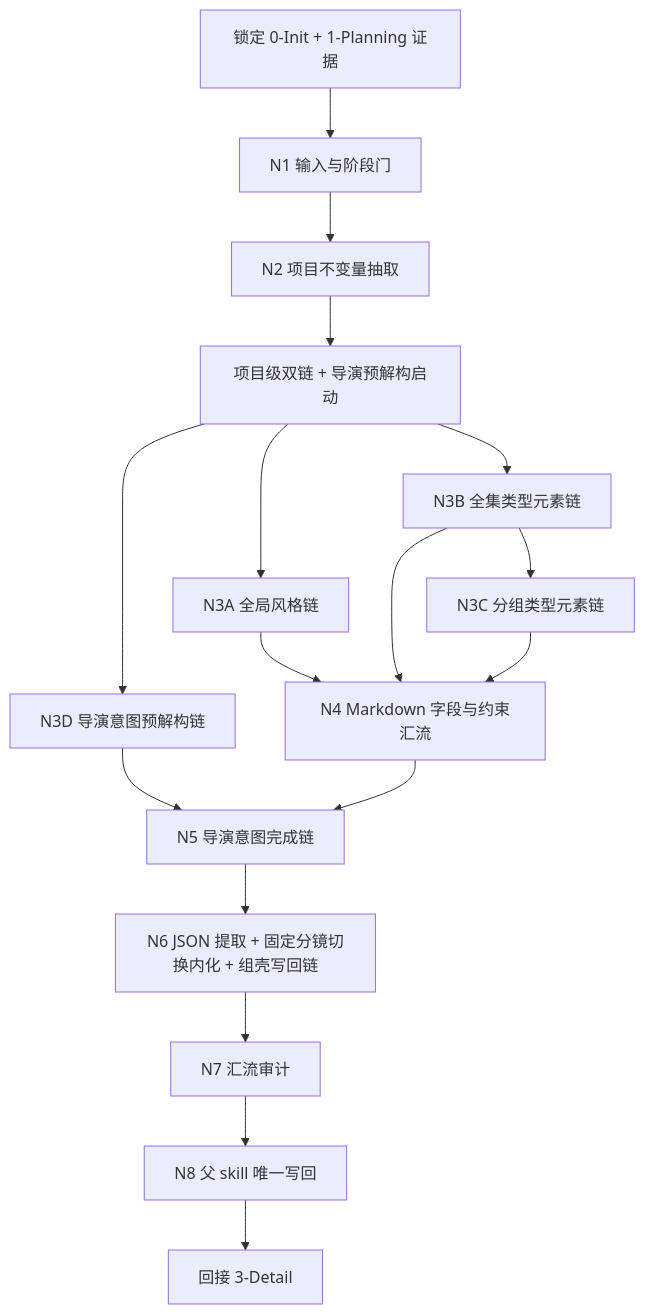
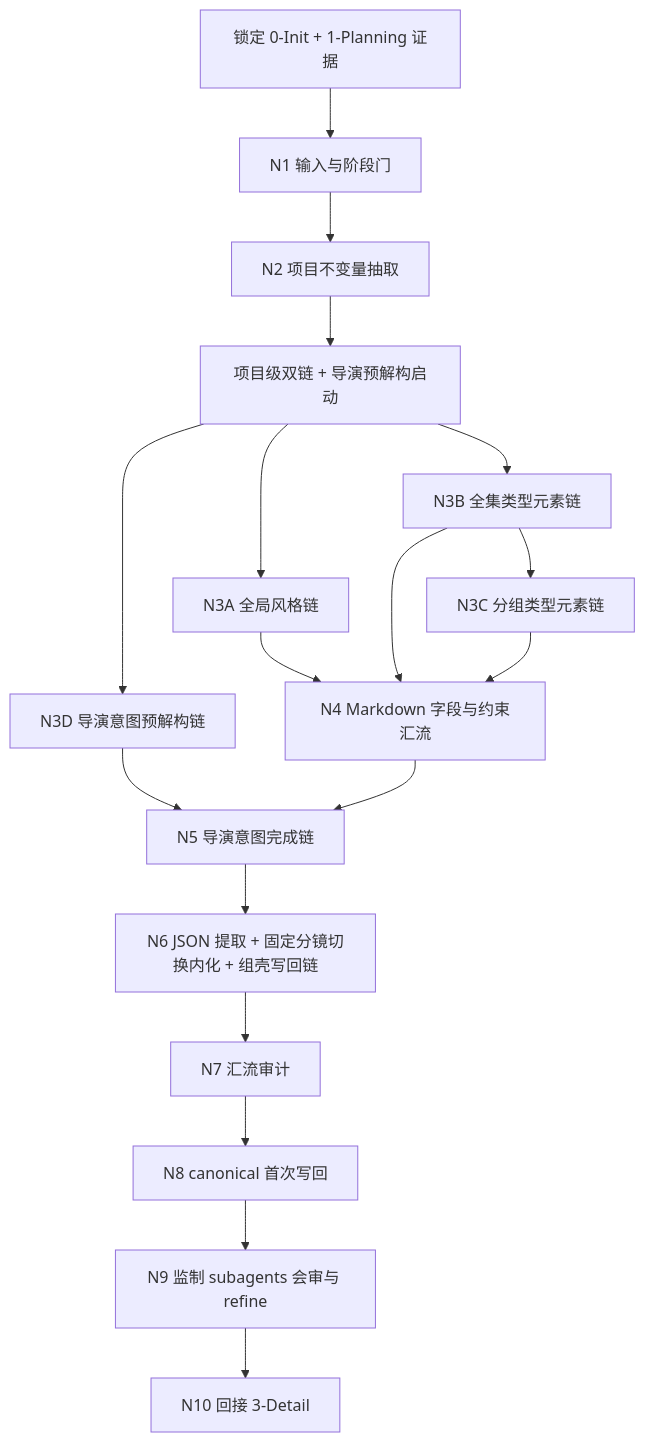
One commit to ZEN-VOID/AI-CUT changed the first of 4 diagrams in .agents/skills/aigc/2-Global/SKILL.md. Above: the diagram before and after it, drawn with Mermaid. The commit also changed other lines of this file and 165 other files, not shown here.

````diff
--- a/.agents/skills/aigc/2-Global/SKILL.md
+++ b/.agents/skills/aigc/2-Global/SKILL.md
@@ -146,19 +165,20 @@
 ```mermaid
 flowchart TD
     A["锁定 0-Init + 1-Planning 证据"] --> B["N1 输入与阶段门"]
     B --> C["N2 项目不变量抽取"]
     C --> D["项目级双链 + 导演预解构启动"]
     D --> D1["N3A 全局风格链"]
     D --> D2["N3B 全集类型元素链"]
     D --> D4["N3D 导演意图预解构链"]
     D2 --> D3["N3C 分组类型元素链"]
     D1 --> E["N4 Markdown 字段与约束汇流"]
     D2 --> E
     D3 --> E
     D4 --> F["N5 导演意图完成链"]
     E --> F
     F --> G["N6 JSON 提取 + 固定分镜切换内化 + 组壳写回链"]
     G --> H["N7 汇流审计"]
-    H --> I["N8 父 skill 唯一写回"]
-    I --> J["回接 3-Detail"]
+    H --> I["N8 canonical 首次写回"]
+    I --> J["N9 监制 subagents 会审与 refine"]
+    J --> K["N10 回接 3-Detail"]
 ```
````
